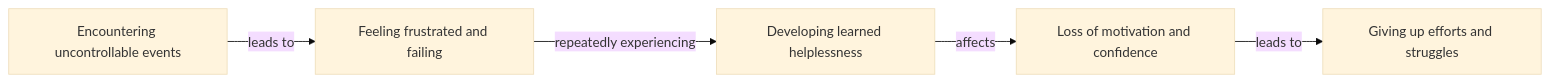
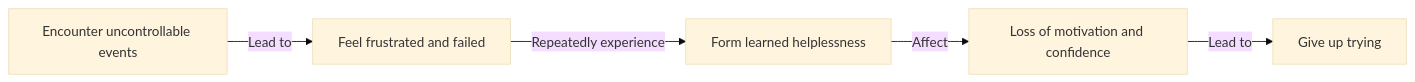
Before and after one commit to a920604a/engineernews: the diagram in src/content/posts/learning/2026-05-01-ft.en.md, drawn with Mermaid (base theme). The commit also changed other lines of this file and 49 other files, not shown here.

````diff
--- a/src/content/posts/learning/2026-05-01-ft.en.md
+++ b/src/content/posts/learning/2026-05-01-ft.en.md
@@ -32,7 +22,7 @@
 ```mermaid
 graph LR
-    A[Encountering uncontrollable events] -->|"leads to"| B[Feeling frustrated and failing]
-    B -->|"repeatedly experiencing"| C[Developing learned helplessness]
-    C -->|"affects"| D[Loss of motivation and confidence]
-    D -->|"leads to"| E[Giving up efforts and struggles]
+    A[Encounter uncontrollable events] -->|"Lead to"| B[Feel frustrated and failed]
+    B -->|"Repeatedly experience"| C[Form learned helplessness]
+    C -->|"Affect"| D[Loss of motivation and confidence]
+    D -->|"Lead to"| E[Give up trying]
 ```
````
